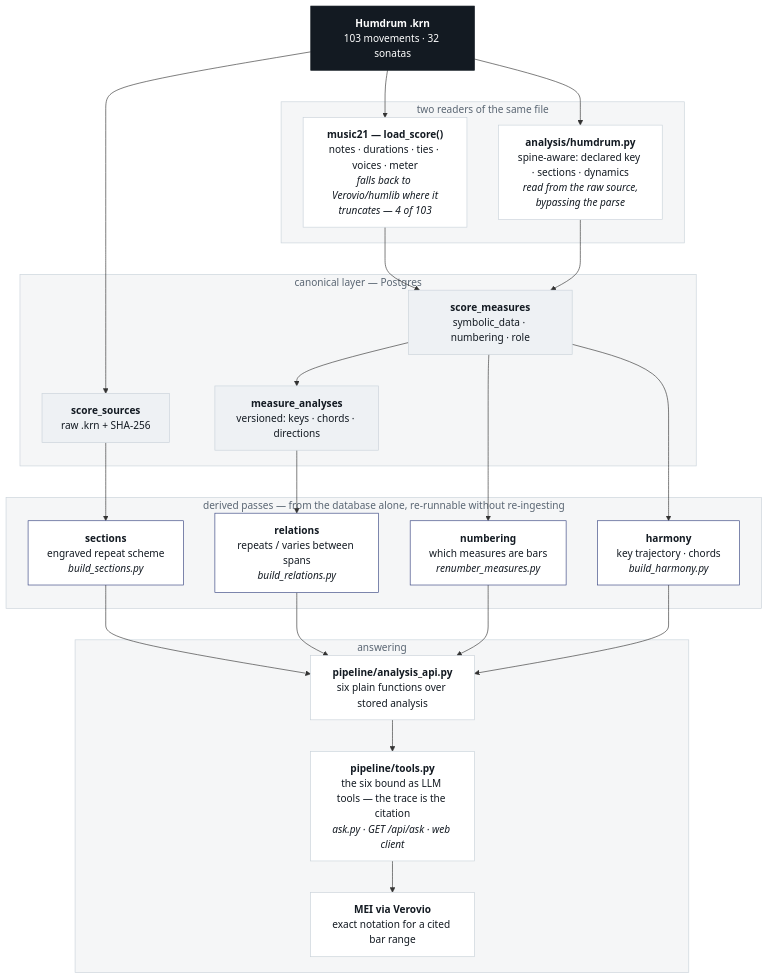
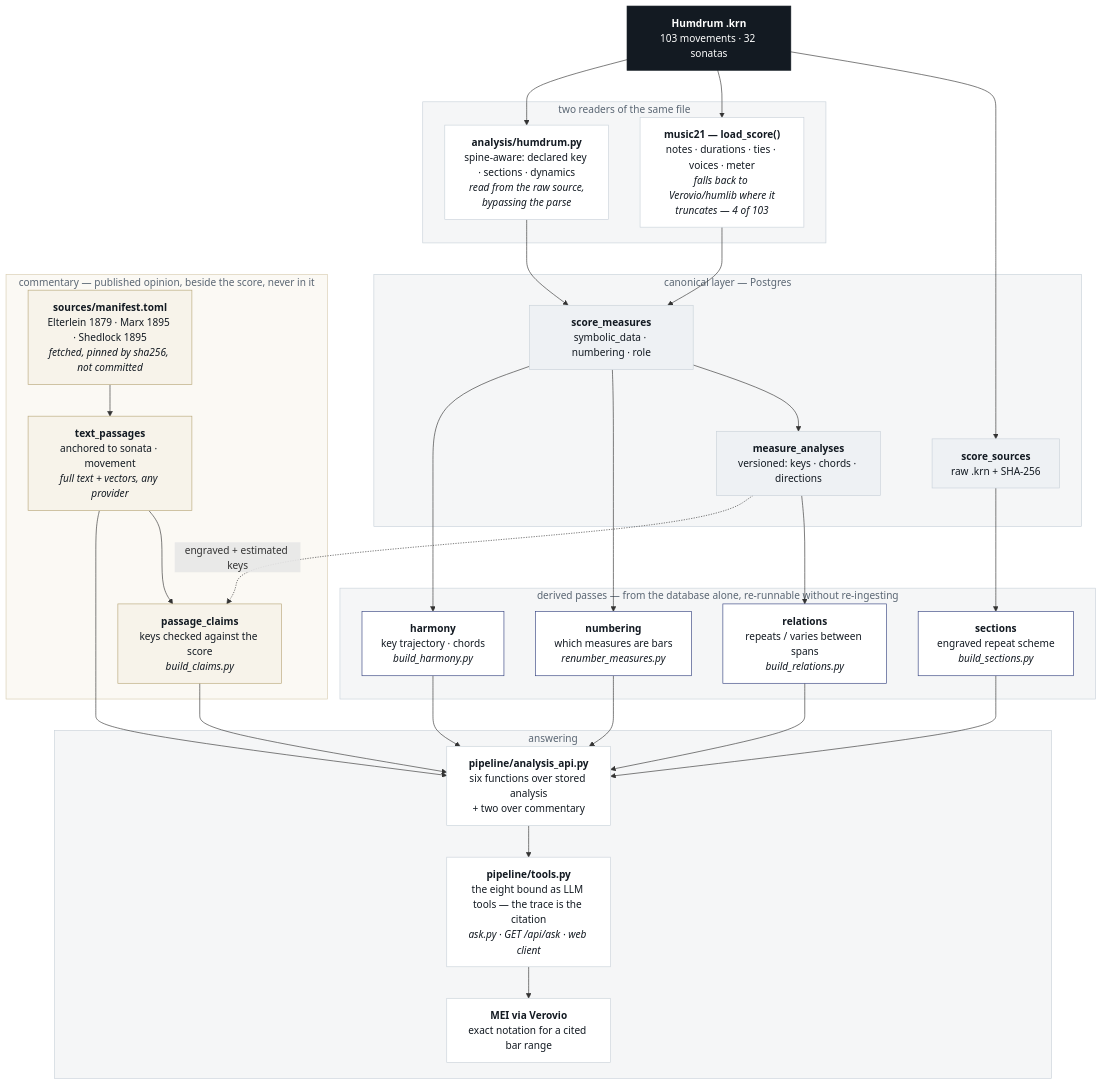
Before and after one commit to jt0321/scorechat: the diagram in README.md, drawn with Mermaid.

Commit message:
Show the commentary layer in the architecture diagram
A fifth band, visibly apart from the score's: the manifest, the
anchored passages, and the claims. Its one edge into the score's side is
dotted and runs the other way -- the claims read engraved and estimated
keys from measure_analyses to check themselves against; nothing flows
from the commentary into the canonical layer. Both passages and claims
feed the answering layer, which now binds eight tools, not six.

Claude-Session: https://claude.ai/code/session_0133yYUBBjQYwqbUsxxJXPNz

````diff
--- a/README.md
+++ b/README.md
@@ -10,58 +10,72 @@
 ```mermaid
 flowchart TB
   KRN["<b>Humdrum .krn</b><br/>103 movements · 32 sonatas"]
 
   subgraph readers ["two readers of the same file"]
     M21["<b>music21 — load_score()</b><br/>notes · durations · ties · voices · meter<br/><i>falls back to Verovio/humlib where it<br/>truncates — 4 of 103</i>"]
     HUM["<b>analysis/humdrum.py</b><br/>spine-aware: declared key · sections · dynamics<br/><i>read from the raw source,<br/>bypassing the parse</i>"]
   end
 
   subgraph canonical ["canonical layer — Postgres"]
     SRC["<b>score_sources</b><br/>raw .krn + SHA-256"]
     MEAS["<b>score_measures</b><br/>symbolic_data · numbering · role"]
     ANAL["<b>measure_analyses</b><br/>versioned: keys · chords · directions"]
   end
 
   subgraph passes ["derived passes — from the database alone, re-runnable without re-ingesting"]
     NUM["<b>numbering</b><br/>which measures are bars<br/><i>renumber_measures.py</i>"]
     HARM["<b>harmony</b><br/>key trajectory · chords<br/><i>build_harmony.py</i>"]
     SEC["<b>sections</b><br/>engraved repeat scheme<br/><i>build_sections.py</i>"]
     REL["<b>relations</b><br/>repeats / varies between spans<br/><i>build_relations.py</i>"]
   end
 
+  subgraph commentary ["commentary — published opinion, beside the score, never in it"]
+    TEXTS["<b>sources/manifest.toml</b><br/>Elterlein 1879 · Marx 1895 · Shedlock 1895<br/><i>fetched, pinned by sha256, not committed</i>"]
+    PASS["<b>text_passages</b><br/>anchored to sonata · movement<br/><i>full text + vectors, any provider</i>"]
+    CLAIMS["<b>passage_claims</b><br/>keys checked against the score<br/><i>build_claims.py</i>"]
+  end
+
   subgraph answering ["answering"]
-    API["<b>pipeline/analysis_api.py</b><br/>six plain functions over stored analysis"]
-    TOOLS["<b>pipeline/tools.py</b><br/>the six bound as LLM tools — the trace is the citation<br/><i>ask.py · GET /api/ask · web client</i>"]
+    API["<b>pipeline/analysis_api.py</b><br/>six functions over stored analysis<br/>+ two over commentary"]
+    TOOLS["<b>pipeline/tools.py</b><br/>the eight bound as LLM tools — the trace is the citation<br/><i>ask.py · GET /api/ask · web client</i>"]
     MEI["<b>MEI via Verovio</b><br/>exact notation for a cited bar range"]
   end
 
   KRN --> SRC
   KRN --> M21
   KRN --> HUM
   M21 --> MEAS
   HUM --> MEAS
   MEAS --> ANAL
   MEAS --> NUM
   MEAS --> HARM
   SRC --> SEC
   ANAL --> REL
   NUM --> API
   HARM --> API
   SEC --> API
   REL --> API
   API --> TOOLS
   TOOLS --> MEI
+  TEXTS --> PASS
+  PASS --> CLAIMS
+  ANAL -. "engraved + estimated keys" .-> CLAIMS
+  PASS --> API
+  CLAIMS --> API
 
   classDef source fill:#131a22,stroke:#131a22,color:#ffffff
   classDef store fill:#eef1f4,stroke:#c9d2da,color:#131a22
   classDef pass fill:#ffffff,stroke:#34417f,color:#131a22
   classDef answer fill:#ffffff,stroke:#c9d2da,color:#131a22
   class KRN source
   class SRC,MEAS,ANAL store
   class NUM,HARM,SEC,REL pass
   class M21,HUM,API,TOOLS,MEI answer
+  classDef opinion fill:#f7f3ea,stroke:#b8a77a,color:#131a22
+  class TEXTS,PASS,CLAIMS opinion
   style readers fill:#f5f6f7,stroke:#c9d2da,color:#5a6673
   style canonical fill:#f5f6f7,stroke:#c9d2da,color:#5a6673
   style passes fill:#f5f6f7,stroke:#c9d2da,color:#5a6673
   style answering fill:#f5f6f7,stroke:#c9d2da,color:#5a6673
+  style commentary fill:#fbf9f4,stroke:#d8cdb0,color:#5a6673
 ```
````
